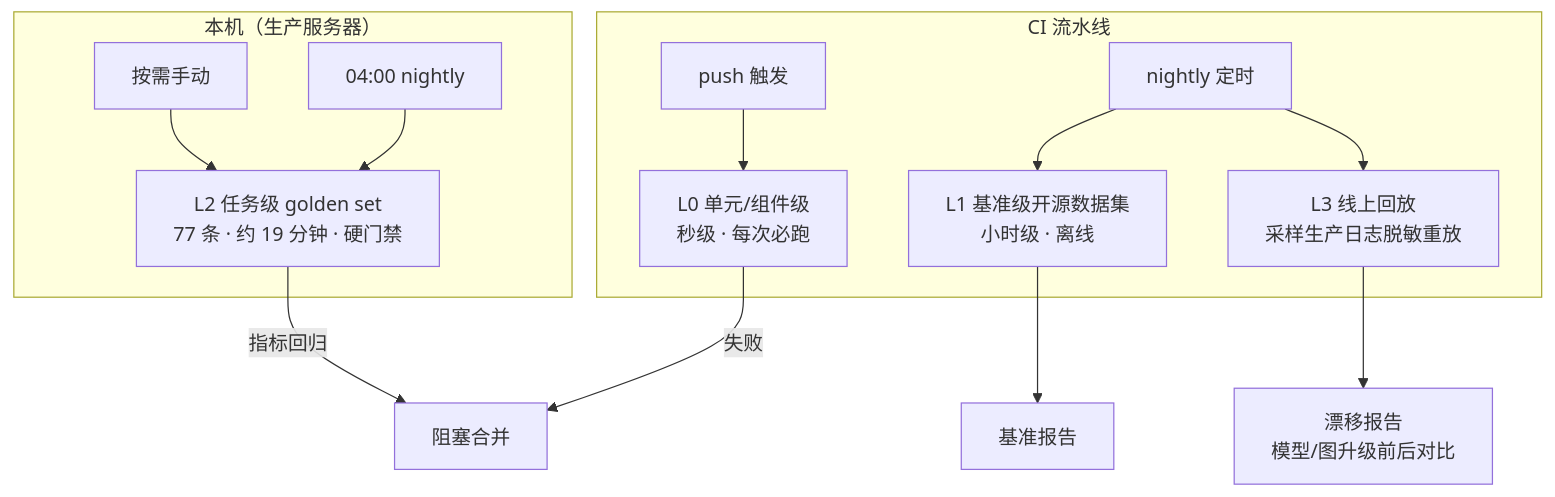
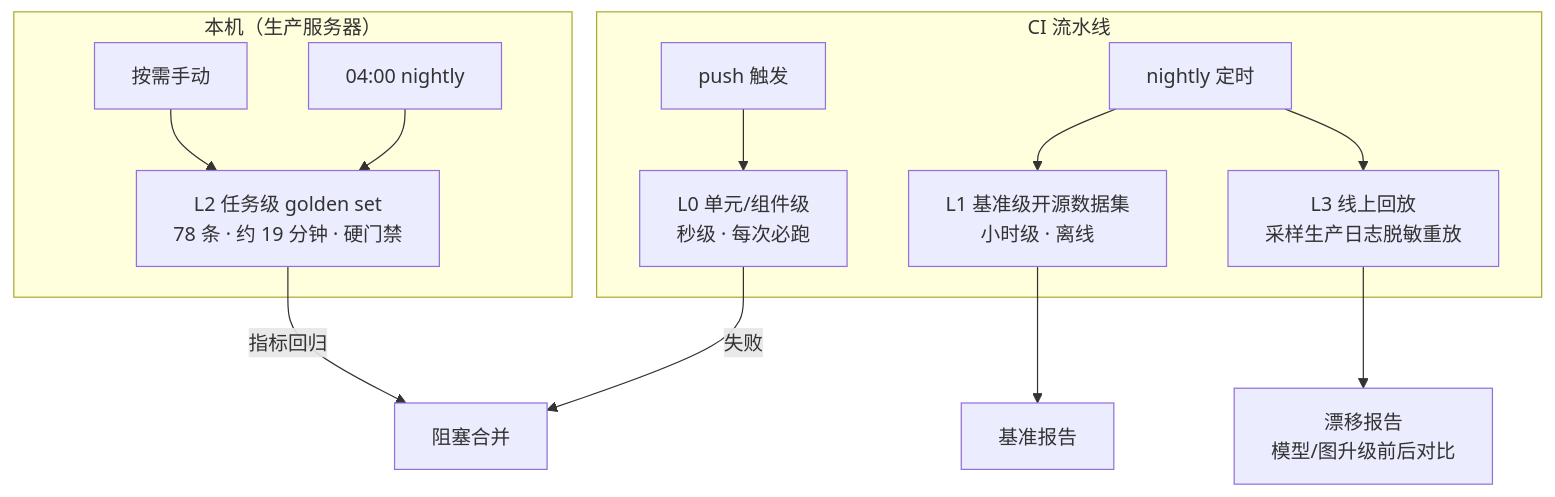
One commit to BigLeopardCat/saudade-blog-agent changed the first of 2 diagrams in docs/eval-observability.md. Above: the diagram before and after it, drawn with Mermaid. The commit also changed other lines of this file and 3 other files, not shown here.

````diff
--- a/docs/eval-observability.md
+++ b/docs/eval-observability.md
@@ -76,16 +76,16 @@
 ```mermaid
 flowchart TB
     subgraph CI[CI 流水线]
         P0[push 触发] --> L0[L0 单元/组件级<br/>秒级 · 每次必跑]
         N[nightly 定时] --> L1[L1 基准级开源数据集<br/>小时级 · 离线]
         N --> L3[L3 线上回放<br/>采样生产日志脱敏重放]
     end
     subgraph LOCAL[本机（生产服务器）]
-        P1[按需手动] --> L2[L2 任务级 golden set<br/>77 条 · 约 19 分钟 · 硬门禁]
+        P1[按需手动] --> L2[L2 任务级 golden set<br/>78 条 · 约 19 分钟 · 硬门禁]
         N2[04:00 nightly] --> L2
     end
     L0 -->|失败| BLOCK[阻塞合并]
     L2 -->|指标回归| BLOCK
     L1 --> R1[基准报告]
     L3 --> R2[漂移报告<br/>模型/图升级前后对比]
 ```
````
